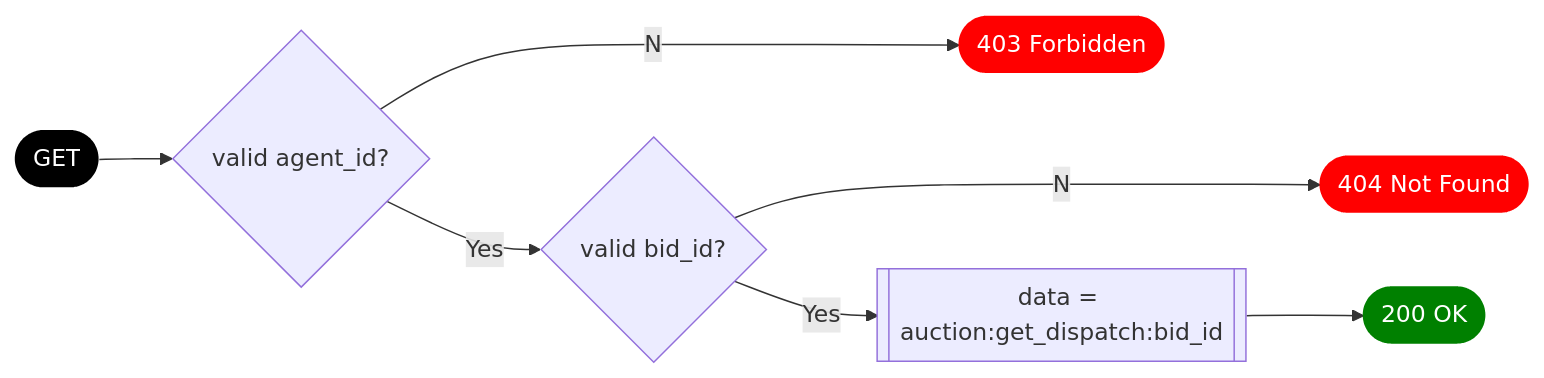
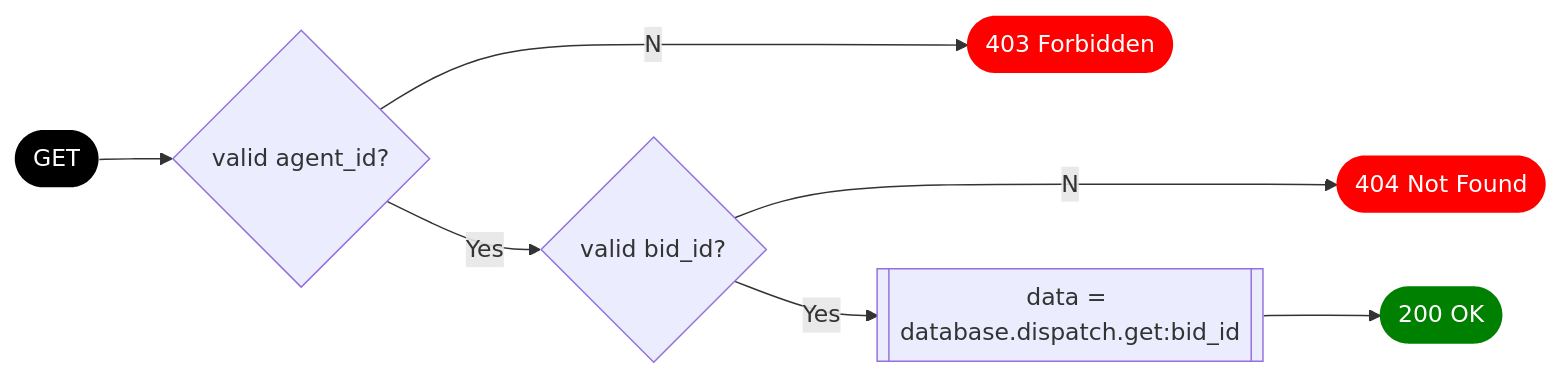
The sixth of 7 diagrams in docs/auction.md (aivanova5/design), drawn with Mermaid before and after one commit. The commit also changed other lines of this file, not shown here.

````diff
--- a/docs/auction.md
+++ b/docs/auction.md
@@ -397,13 +399,13 @@
 ```mermaid
 graph LR
   classDef start stroke-width:0px,fill:black,color:white
   classDef success fill:green,stroke-width:0px,color:white
   classDef error fill:red,stroke-width:0px,color:white
   
   enter([GET]):::start --> agent_ok{valid agent_id?}
   agent_ok --No--> code403([403 Forbidden]):::error
   agent_ok --Yes--> bid_ok{valid bid_id?}
   bid_ok --No--> code404([404 Not Found]):::error
-  bid_ok --Yes--> get_data[[data = auction:get_dispatch:bid_id]]
+  bid_ok --Yes--> get_data[[data = database.dispatch.get:bid_id]]
   get_data --> code200([200 OK]):::success
 ```
````
